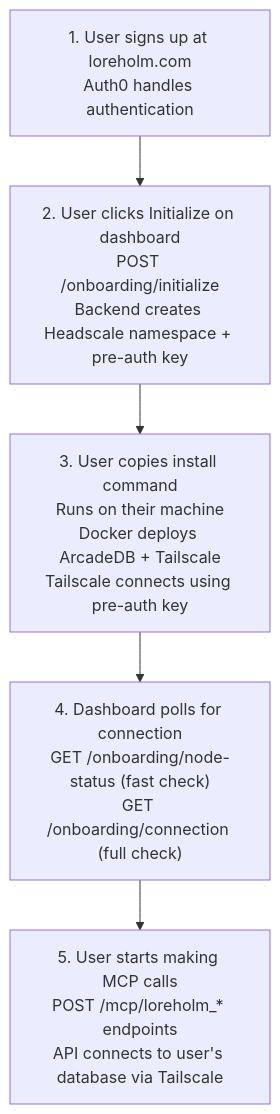
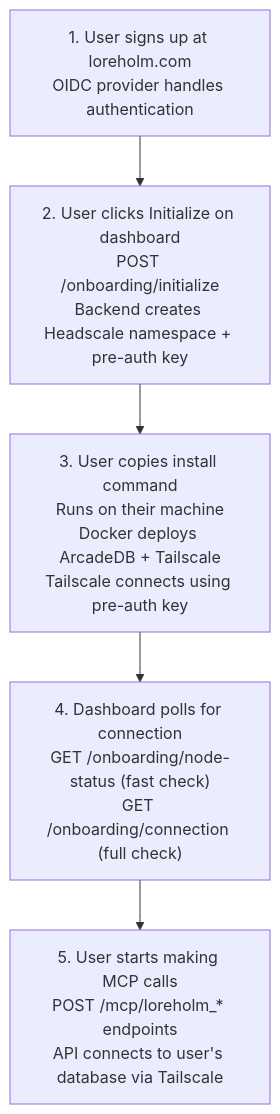
Before and after one commit to Loreholm/Loreholm: the diagram in docs/10_OnboardingAPI.md, drawn with Mermaid. The commit also changed other lines of this file and 29 other files, not shown here.

Commit message:
pulling away from Auth0 to generic OIDC

````diff
--- a/docs/10_OnboardingAPI.md
+++ b/docs/10_OnboardingAPI.md
@@ -139,9 +139,9 @@
 ```mermaid
 flowchart TD
-    A["1. User signs up at loreholm.com<br/>Auth0 handles authentication"]
+    A["1. User signs up at loreholm.com<br/>OIDC provider handles authentication"]
     B["2. User clicks Initialize on dashboard<br/>POST /onboarding/initialize<br/>Backend creates Headscale namespace + pre-auth key"]
     C["3. User copies install command<br/>Runs on their machine<br/>Docker deploys ArcadeDB + Tailscale<br/>Tailscale connects using pre-auth key"]
     D["4. Dashboard polls for connection<br/>GET /onboarding/node-status (fast check)<br/>GET /onboarding/connection (full check)"]
     E["5. User starts making MCP calls<br/>POST /mcp/loreholm_* endpoints<br/>API connects to user's database via Tailscale"]
     A --> B --> C --> D --> E
 ```
````
